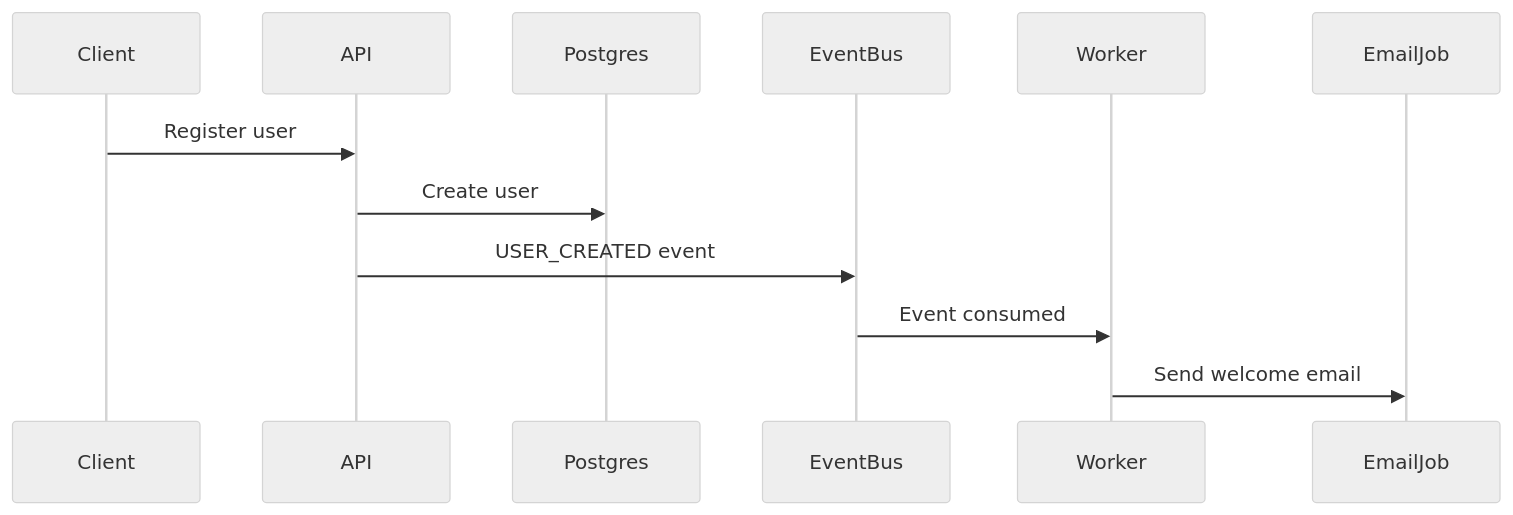
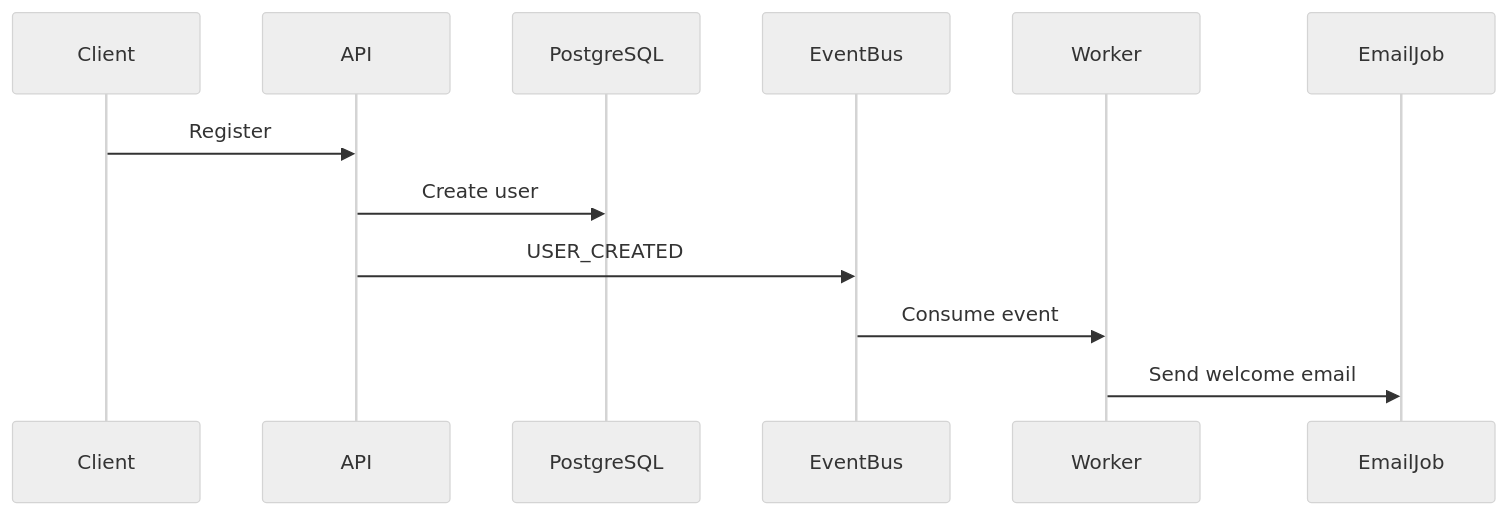
Before and after one commit to sebasolarte22/knowledge-hub-api: the first of 2 diagrams in README.md, drawn with Mermaid (neutral theme). The commit also changed other lines of this file, not shown here.

````diff
--- a/README.md
+++ b/README.md
@@ -151,9 +74,8 @@
 ```mermaid
 sequenceDiagram
-
-Client->>API: Register user
-API->>Postgres: Create user
-API->>EventBus: USER_CREATED event
-EventBus->>Worker: Event consumed
-Worker->>EmailJob: Send welcome email
+  Client->>API: Register
+  API->>PostgreSQL: Create user
+  API->>EventBus: USER_CREATED
+  EventBus->>Worker: Consume event
+  Worker->>EmailJob: Send welcome email
 ```
````
